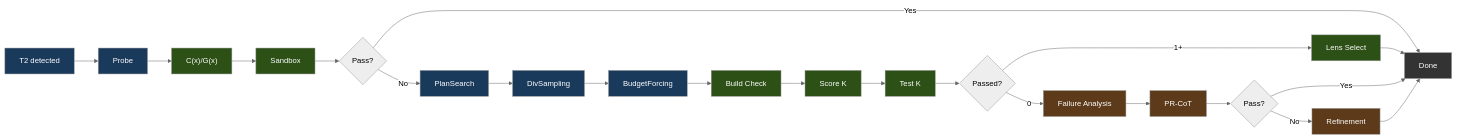
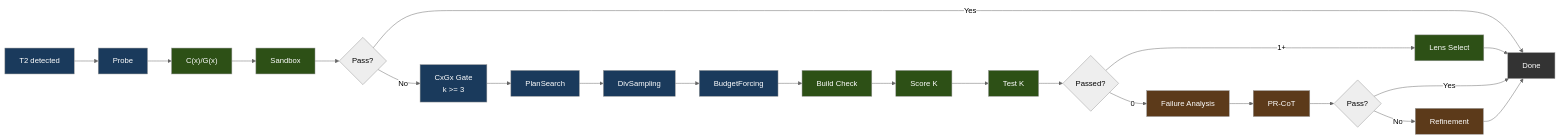
Before and after one commit to itigges22/ATLAS: the third of 11 diagrams in docs/ARCHITECTURE.md, drawn with Mermaid (neutral theme). The commit also changed other lines of this file and 11 other files, not shown here.

````diff
--- a/docs/ARCHITECTURE.md
+++ b/docs/ARCHITECTURE.md
@@ -278,32 +278,33 @@
 ```mermaid
 flowchart LR
     Entry["T2 detected"] --> Probe["Probe"] --> Score1["C(x)/G(x)"] --> SB1["Sandbox"]
     SB1 --> Pass1{"Pass?"}
     Pass1 -->|"Yes"| Done["Done"]
 
-    Pass1 -->|"No"| PS["PlanSearch"] --> DS["DivSampling"] --> BF["BudgetForcing"] --> Build["Build Check"] --> Score2["Score K"] --> SB2["Test K"]
+    Pass1 -->|"No"| Alloc["CxGx Gate\nk >= 3"] --> PS["PlanSearch"] --> DS["DivSampling"] --> BF["BudgetForcing"] --> Build["Build Check"] --> Score2["Score K"] --> SB2["Test K"]
 
     SB2 --> AnyPass{"Passed?"}
     AnyPass -->|"1+"| Select["Lens Select"] --> Done
 
     AnyPass -->|"0"| FA["Failure Analysis"] --> PRCOT["PR-CoT"]
     PRCOT --> PRPass{"Pass?"}
     PRPass -->|"Yes"| Done
     PRPass -->|"No"| Refine["Refinement"] --> Done
 
     style Entry fill:#1a3a5c,color:#fff
     style Done fill:#333,color:#fff
     style Probe fill:#1a3a5c,color:#fff
+    style Alloc fill:#1a3a5c,color:#fff
     style PS fill:#1a3a5c,color:#fff
     style DS fill:#1a3a5c,color:#fff
     style BF fill:#1a3a5c,color:#fff
     style Select fill:#2d5016,color:#fff
     style Score1 fill:#2d5016,color:#fff
     style Score2 fill:#2d5016,color:#fff
     style SB1 fill:#2d5016,color:#fff
     style SB2 fill:#2d5016,color:#fff
     style Build fill:#2d5016,color:#fff
     style PRCOT fill:#5c3a1a,color:#fff
     style Refine fill:#5c3a1a,color:#fff
     style FA fill:#5c3a1a,color:#fff
 ```
````
